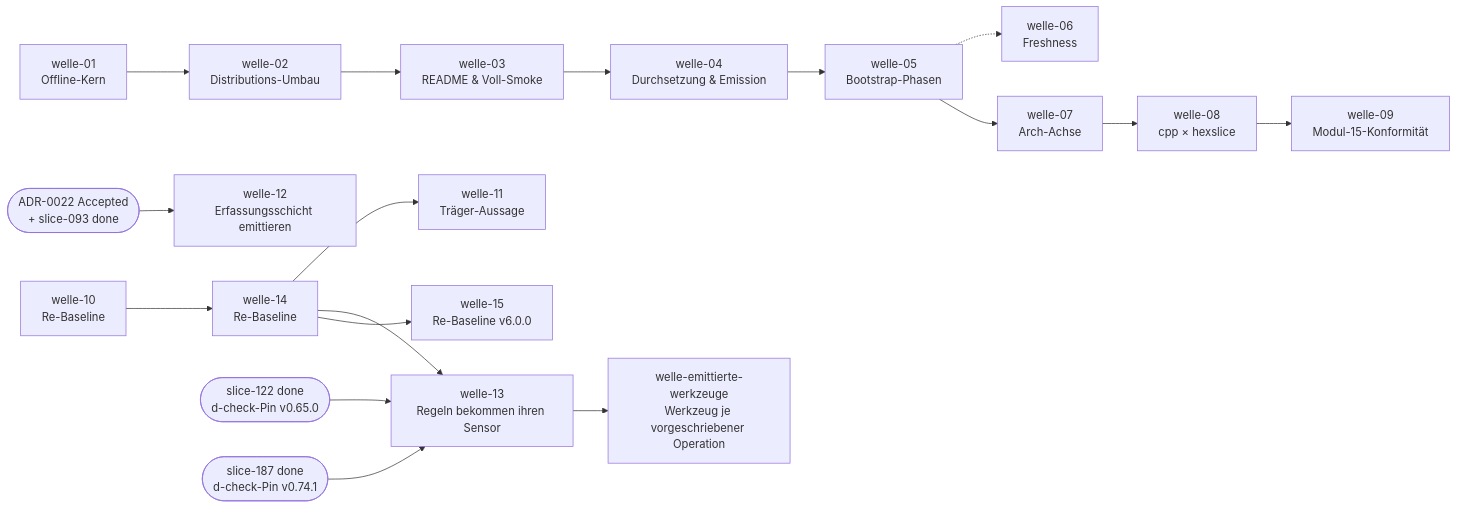
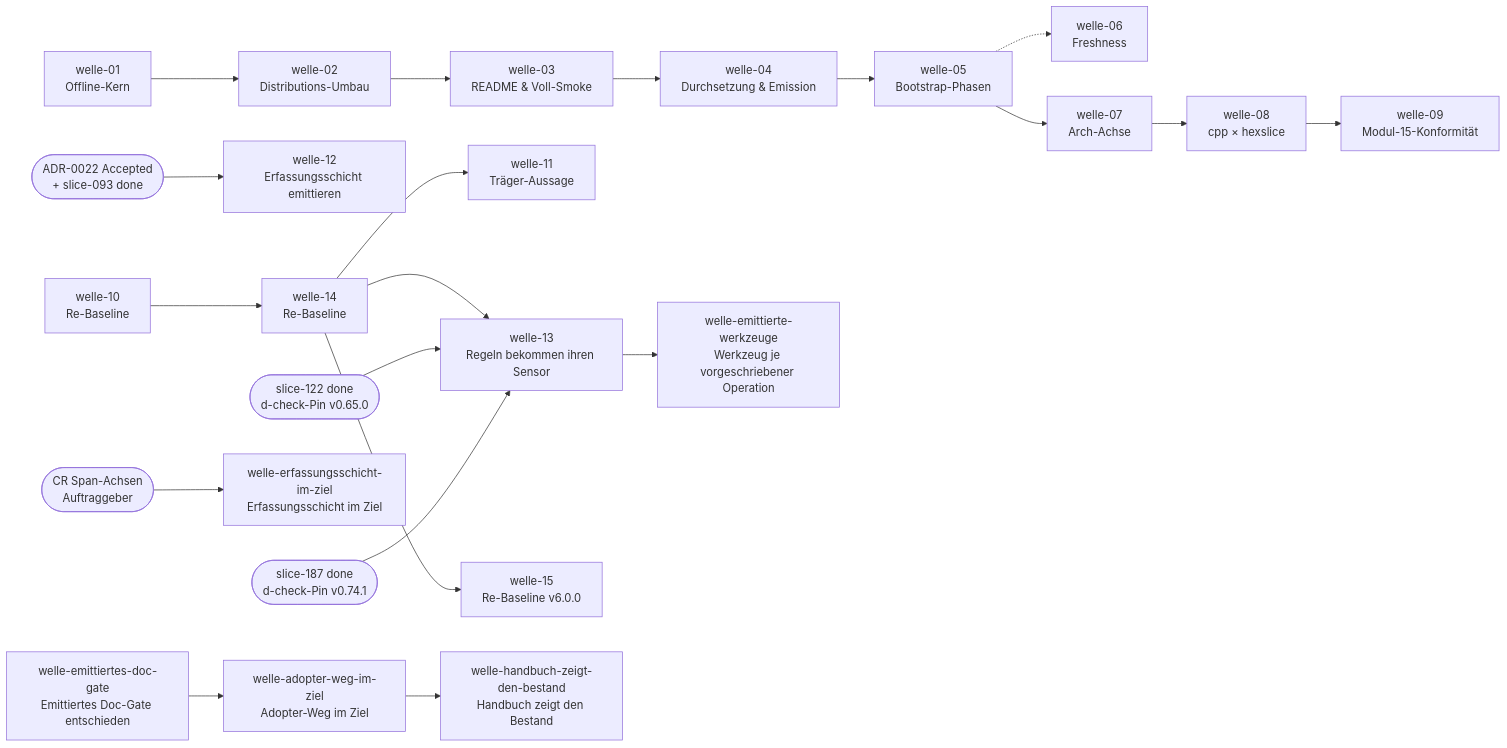
One commit to pt9912/ai-harness-init changed the diagram in docs/plan/planning/in-progress/roadmap.md. Above: the diagram before and after it, drawn with Mermaid. The commit also changed other lines of this file and 5 other files, not shown here.

First line of the commit message:
Rolle Planner: welle-emittiertes-doc-gate eroeffnet, drei produktive Wellen in der Vorschau (LH-FA-03, ADR-0046)

````diff
--- a/docs/plan/planning/in-progress/roadmap.md
+++ b/docs/plan/planning/in-progress/roadmap.md
@@ -69,31 +73,37 @@
 ```mermaid
 flowchart LR
     W1[welle-01<br/>Offline-Kern]
     W2[welle-02<br/>Distributions-Umbau]
     W3[welle-03<br/>README & Voll-Smoke]
     W4[welle-04<br/>Durchsetzung & Emission]
     W5[welle-05<br/>Bootstrap-Phasen]
     W6[welle-06<br/>Freshness]
     W7[welle-07<br/>Arch-Achse]
     W8[welle-08<br/>cpp × hexslice]
     W9[welle-09<br/>Modul-15-Konformität]
     W10[welle-10<br/>Re-Baseline]
     W11[welle-11<br/>Träger-Aussage]
     W12[welle-12<br/>Erfassungsschicht emittieren]
     W13[welle-13<br/>Regeln bekommen ihren Sensor]
     W14[welle-14<br/>Re-Baseline]
     W15[welle-15<br/>Re-Baseline v6.0.0]
     W16[welle-emittierte-werkzeuge<br/>Werkzeug je vorgeschriebener Operation]
+    W17[welle-emittiertes-doc-gate<br/>Emittiertes Doc-Gate entschieden]
+    W18[welle-adopter-weg-im-ziel<br/>Adopter-Weg im Ziel]
+    W19[welle-erfassungsschicht-im-ziel<br/>Erfassungsschicht im Ziel]
+    W20[welle-handbuch-zeigt-den-bestand<br/>Handbuch zeigt den Bestand]
     W1 --> W2 --> W3 --> W4 --> W5
     W5 -.-> W6
     W5 --> W7 --> W8
     W8 --> W9
     W10 --> W14
     W14 --> W11
     W14 --> W13
     W14 --> W15
     W13 --> W16
+    W17 --> W18 --> W20
+    CR([CR Span-Achsen<br/>Auftraggeber]) --> W19
     S122([slice-122 done<br/>d-check-Pin v0.65.0]) --> W13
     S187([slice-187 done<br/>d-check-Pin v0.74.1]) --> W13
     A0022([ADR-0022 Accepted<br/>+ slice-093 done]) --> W12
 ```
````
